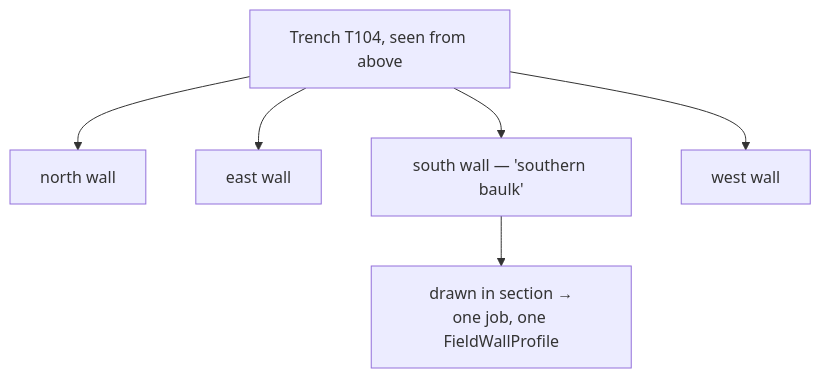
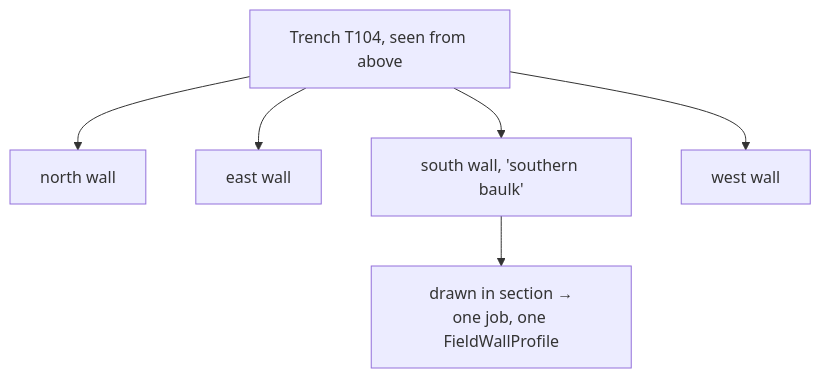
The diagram in docs/archaeology/wall-and-baulk.md (jennarbates/StratigraphyGenerator), drawn with Mermaid before and after one commit. The commit also changed other lines of this file and 309 other files, not shown here.

````diff
--- a/docs/archaeology/wall-and-baulk.md
+++ b/docs/archaeology/wall-and-baulk.md
@@ -40,9 +40,9 @@
 ```mermaid
 flowchart TB
   T["Trench T104, seen from above"]
   T --> N["north wall"]
   T --> E["east wall"]
-  T --> S["south wall — 'southern baulk'"]
+  T --> S["south wall, 'southern baulk'"]
   T --> W["west wall"]
   S --> D["drawn in section →<br/>one job, one FieldWallProfile"]
 ```
````
